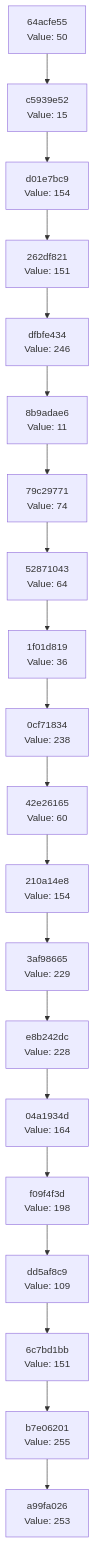
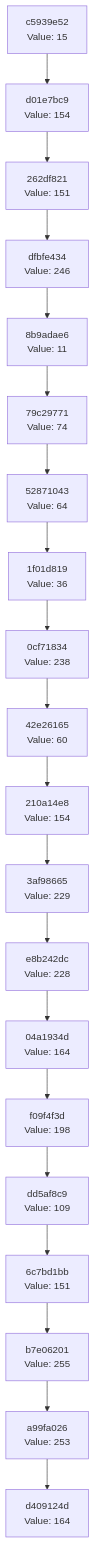
Before and after one commit to Abhisheksinha1506/hash-chain-evolver: the diagram in docs/CHAIN_VISUALIZATION.md, drawn with Mermaid. The commit also changed 3 other files, not shown here.

````diff
--- a/docs/CHAIN_VISUALIZATION.md
+++ b/docs/CHAIN_VISUALIZATION.md
@@ -3,42 +3,42 @@
 ```mermaid
 graph TD
-    C0["a99fa026<br/>Value: 253"]
-    C1["b7e06201<br/>Value: 255"]
+    C0["d409124d<br/>Value: 164"]
+    C1["a99fa026<br/>Value: 253"]
     C1 --> C0
-    C2["6c7bd1bb<br/>Value: 151"]
+    C2["b7e06201<br/>Value: 255"]
     C2 --> C1
-    C3["dd5af8c9<br/>Value: 109"]
+    C3["6c7bd1bb<br/>Value: 151"]
     C3 --> C2
-    C4["f09f4f3d<br/>Value: 198"]
+    C4["dd5af8c9<br/>Value: 109"]
     C4 --> C3
-    C5["04a1934d<br/>Value: 164"]
+    C5["f09f4f3d<br/>Value: 198"]
     C5 --> C4
-    C6["e8b242dc<br/>Value: 228"]
+    C6["04a1934d<br/>Value: 164"]
     C6 --> C5
-    C7["3af98665<br/>Value: 229"]
+    C7["e8b242dc<br/>Value: 228"]
     C7 --> C6
-    C8["210a14e8<br/>Value: 154"]
+    C8["3af98665<br/>Value: 229"]
     C8 --> C7
-    C9["42e26165<br/>Value: 60"]
+    C9["210a14e8<br/>Value: 154"]
     C9 --> C8
-    C10["0cf71834<br/>Value: 238"]
+    C10["42e26165<br/>Value: 60"]
     C10 --> C9
-    C11["1f01d819<br/>Value: 36"]
+    C11["0cf71834<br/>Value: 238"]
     C11 --> C10
-    C12["52871043<br/>Value: 64"]
+    C12["1f01d819<br/>Value: 36"]
     C12 --> C11
-    C13["79c29771<br/>Value: 74"]
+    C13["52871043<br/>Value: 64"]
     C13 --> C12
-    C14["8b9adae6<br/>Value: 11"]
+    C14["79c29771<br/>Value: 74"]
     C14 --> C13
-    C15["dfbfe434<br/>Value: 246"]
+    C15["8b9adae6<br/>Value: 11"]
     C15 --> C14
-    C16["262df821<br/>Value: 151"]
+    C16["dfbfe434<br/>Value: 246"]
     C16 --> C15
-    C17["d01e7bc9<br/>Value: 154"]
+    C17["262df821<br/>Value: 151"]
     C17 --> C16
-    C18["c5939e52<br/>Value: 15"]
+    C18["d01e7bc9<br/>Value: 154"]
     C18 --> C17
-    C19["64acfe55<br/>Value: 50"]
+    C19["c5939e52<br/>Value: 15"]
     C19 --> C18
 ```
````
